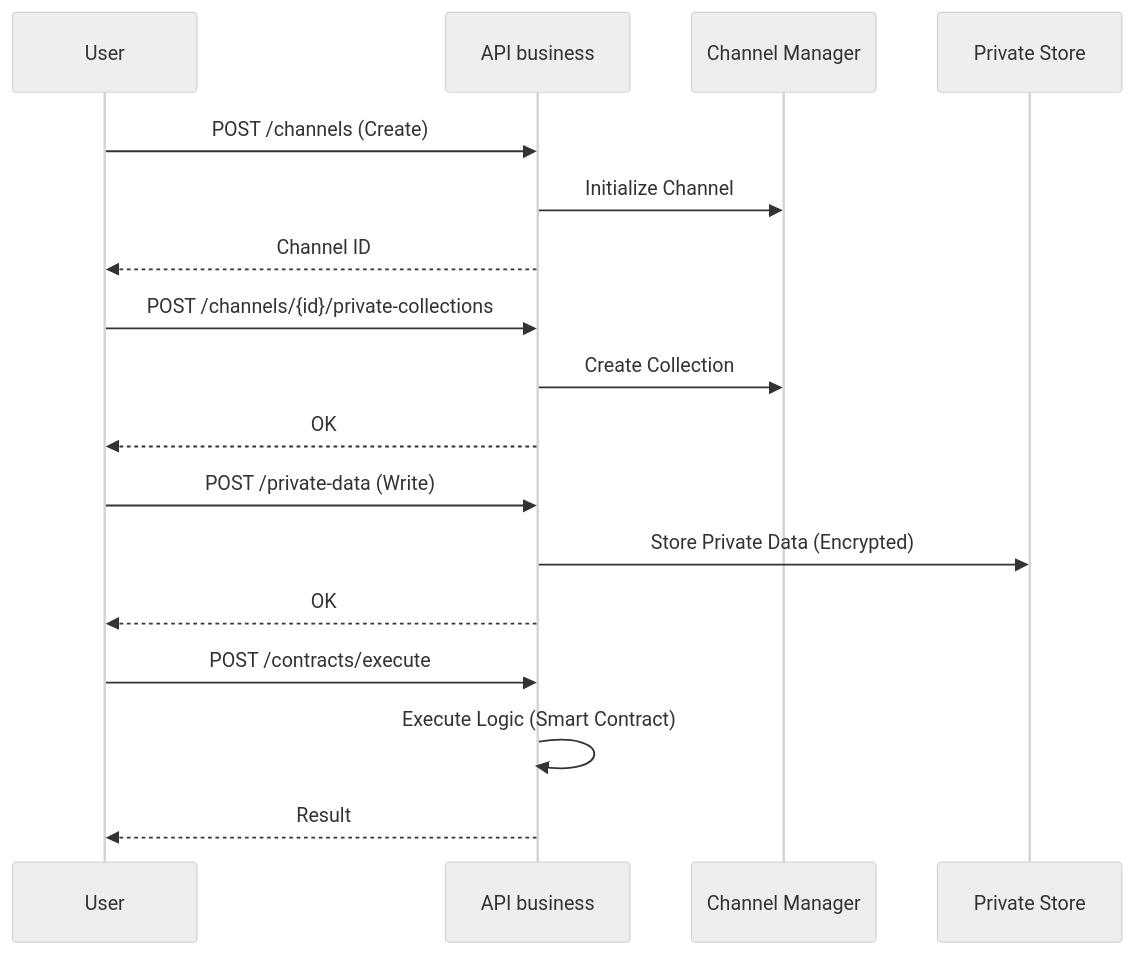
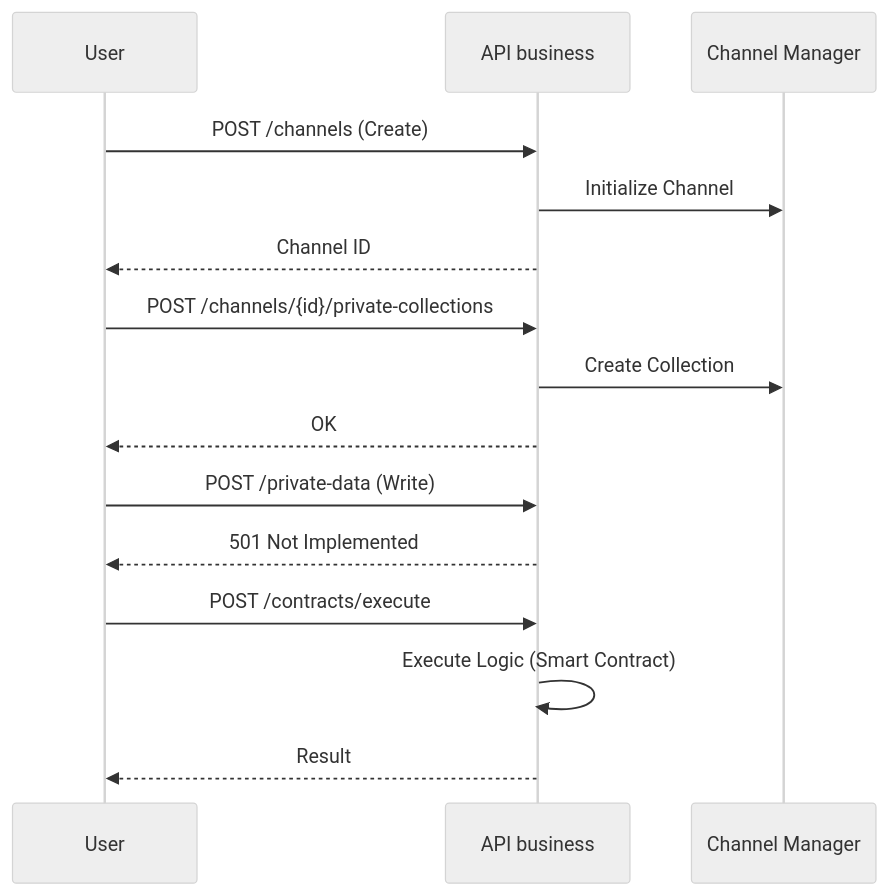
Before and after one commit to VanDung-dev/HieraChain: the diagram in docs/en/reference/api-business.md, drawn with Mermaid (neutral theme). The commit also changed other lines of this file and 63 other files, not shown here.

````diff
--- a/docs/en/reference/api-business.md
+++ b/docs/en/reference/api-business.md
@@ -19,23 +19,21 @@
 ```mermaid
 sequenceDiagram
     participant User
     participant API as API business
     participant Channel as Channel Manager
-    participant Store as Private Store
 
     User->>API: POST /channels (Create)
     API->>Channel: Initialize Channel
     API-->>User: Channel ID
 
     User->>API: POST /channels/{id}/private-collections
     API->>Channel: Create Collection
     API-->>User: OK
 
     User->>API: POST /private-data (Write)
-    API->>Store: Store Private Data (Encrypted)
-    API-->>User: OK
+    API-->>User: 501 Not Implemented
 
     User->>API: POST /contracts/execute
     API->>API: Execute Logic (Smart Contract)
     API-->>User: Result
 ```
````
